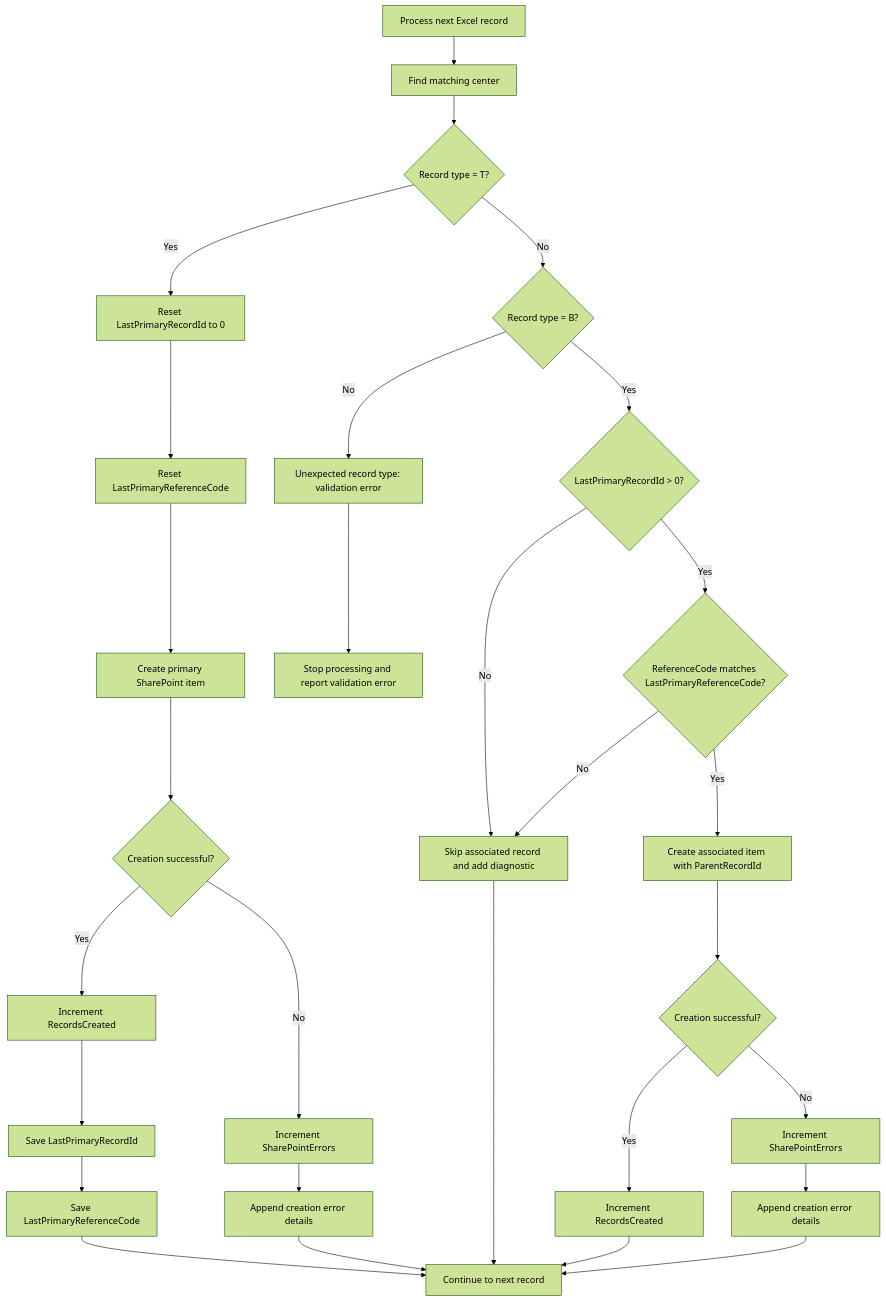
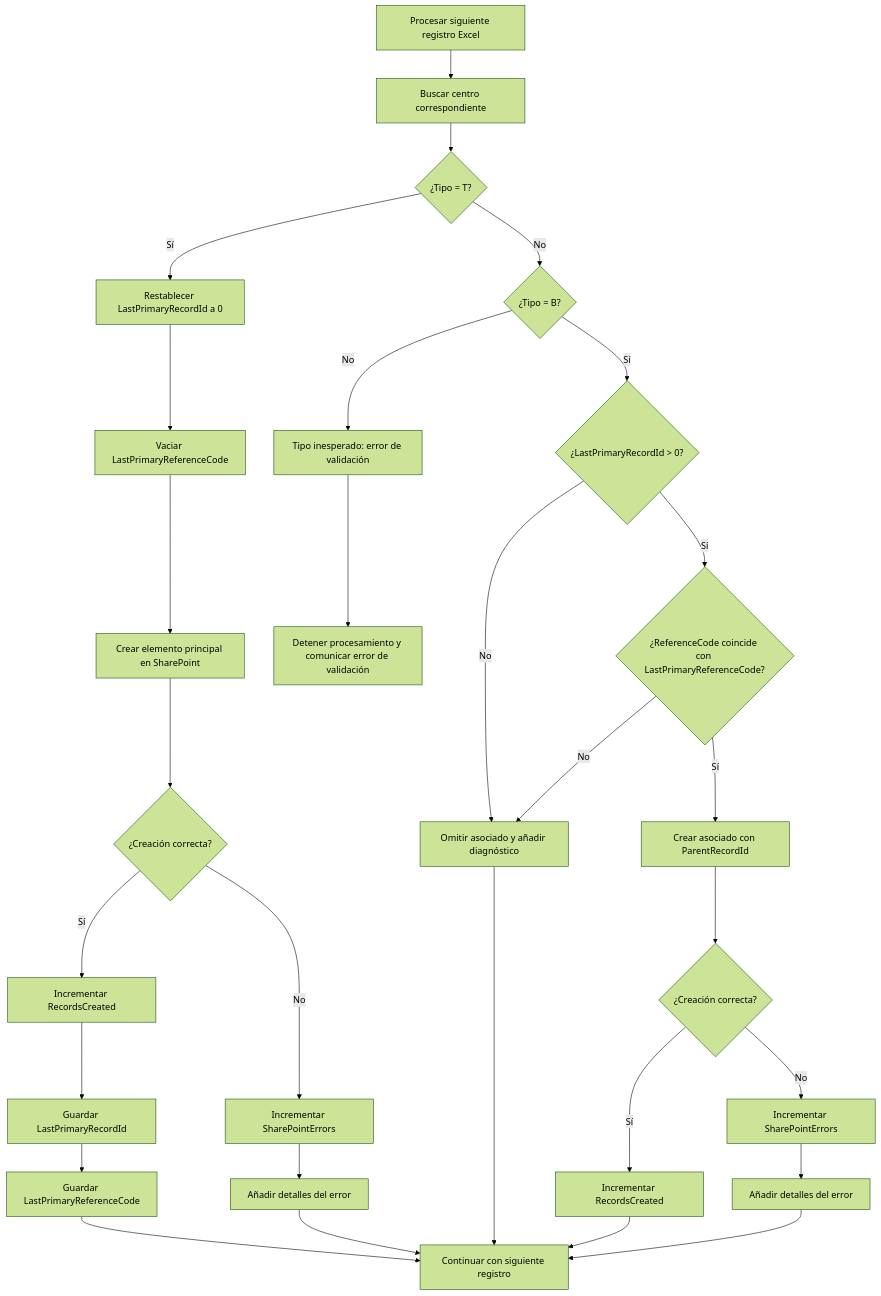
The second of 2 diagrams in Power-Automate/SharePoint-Excel-Automation/flows/FL02-demo/README.md (smartinmunoz/power-platform-portfolio-es), drawn with Mermaid (forest theme) before and after one commit. The commit also changed other lines of this file, not shown here.

````diff
--- a/Power-Automate/SharePoint-Excel-Automation/flows/FL02-demo/README.md
+++ b/Power-Automate/SharePoint-Excel-Automation/flows/FL02-demo/README.md
@@ -266,41 +228,40 @@
 ```mermaid
 flowchart TD
-    A["Process next Excel record"] --> B["Find matching center"]
-    B --> C{"Record type = T?"}
+    A["Procesar siguiente registro Excel"] --> B["Buscar centro correspondiente"]
+    B --> C{"¿Tipo = T?"}
 
-    C -->|Yes| D["Reset LastPrimaryRecordId to 0"]
-    D --> E["Reset LastPrimaryReferenceCode"]
-    E --> F["Create primary SharePoint item"]
-    F --> G{"Creation successful?"}
+    C -->|Sí| D["Restablecer LastPrimaryRecordId a 0"]
+    D --> E["Vaciar LastPrimaryReferenceCode"]
+    E --> F["Crear elemento principal en SharePoint"]
+    F --> G{"¿Creación correcta?"}
 
-    G -->|Yes| H["Increment RecordsCreated"]
-    H --> I["Save LastPrimaryRecordId"]
-    I --> J["Save LastPrimaryReferenceCode"]
+    G -->|Sí| H["Incrementar RecordsCreated"]
+    H --> I["Guardar LastPrimaryRecordId"]
+    I --> J["Guardar LastPrimaryReferenceCode"]
 
-    G -->|No| K["Increment SharePointErrors"]
-    K --> L["Append creation error details"]
+    G -->|No| K["Incrementar SharePointErrors"]
+    K --> L["Añadir detalles del error"]
 
-    C -->|No| M{"Record type = B?"}
-    M -->|No| N["Unexpected record type: validation error"]
-    M -->|Yes| O{"LastPrimaryRecordId > 0?"}
+    C -->|No| M{"¿Tipo = B?"}
+    M -->|No| N["Tipo inesperado: error de validación"]
+    M -->|Sí| O{"¿LastPrimaryRecordId > 0?"}
 
-    O -->|No| P["Skip associated record and add diagnostic"]
-    O -->|Yes| Q{"ReferenceCode matches LastPrimaryReferenceCode?"}
+    O -->|No| P["Omitir asociado y añadir diagnóstico"]
+    O -->|Sí| Q{"¿ReferenceCode coincide con LastPrimaryReferenceCode?"}
 
     Q -->|No| P
-    Q -->|Yes| R["Create associated item with ParentRecordId"]
-    R --> S{"Creation successful?"}
+    Q -->|Sí| R["Crear asociado con ParentRecordId"]
+    R --> S{"¿Creación correcta?"}
 
-    S -->|Yes| T["Increment RecordsCreated"]
-    S -->|No| U["Increment SharePointErrors"]
-    U --> V["Append creation error details"]
+    S -->|Sí| T["Incrementar RecordsCreated"]
+    S -->|No| U["Incrementar SharePointErrors"]
+    U --> V["Añadir detalles del error"]
 
-    J --> W["Continue to next record"]
+    J --> W["Continuar con siguiente registro"]
     L --> W
     P --> W
     T --> W
     V --> W
 
-    N --> X["Stop processing and report validation error"]
-
+    N --> X["Detener procesamiento y comunicar error de validación"]
 ```
````
